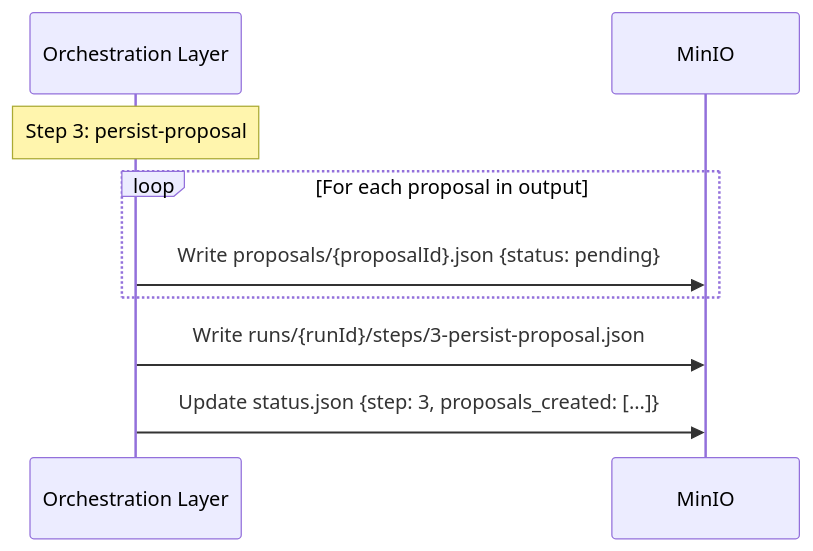
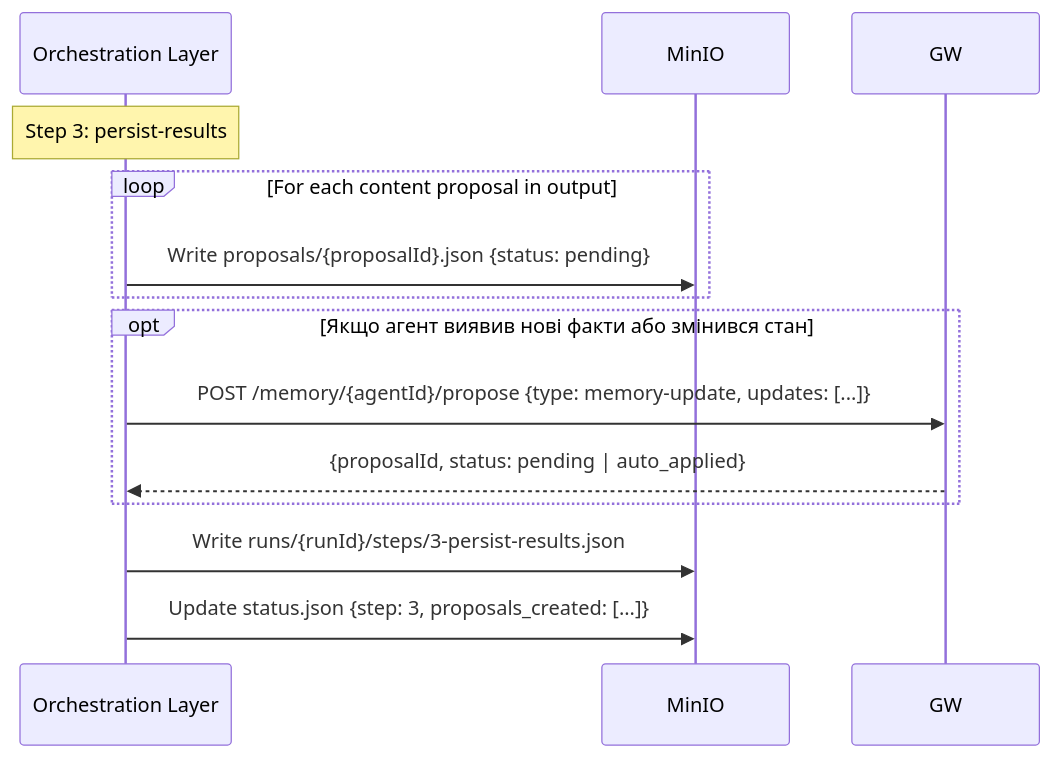
One commit to maxfraieho/garden-bloom changed the fifth of 7 diagrams in docs/architecture/EXECUTION_PIPELINE_CANONICAL.md. Above: the diagram before and after it, drawn with Mermaid. The commit also changed other lines of this file and 12 other files, not shown here.

First line of the commit message:
docs: integrate AGENT_MEMORY, AGENT_LOGIC_VERSIONING, orchestration research

````diff
--- a/docs/architecture/EXECUTION_PIPELINE_CANONICAL.md
+++ b/docs/architecture/EXECUTION_PIPELINE_CANONICAL.md
@@ -162,14 +166,19 @@
 ```mermaid
 sequenceDiagram
     participant ORC as Orchestration Layer
     participant S3 as MinIO
 
-    Note over ORC: Step 3: persist-proposal
+    Note over ORC: Step 3: persist-results
 
-    loop For each proposal in output
+    loop For each content proposal in output
         ORC->>S3: Write proposals/{proposalId}.json {status: pending}
     end
 
-    ORC->>S3: Write runs/{runId}/steps/3-persist-proposal.json
+    opt Якщо агент виявив нові факти або змінився стан
+        ORC->>GW: POST /memory/{agentId}/propose {type: memory-update, updates: [...]}
+        GW-->>ORC: {proposalId, status: pending | auto_applied}
+    end
+
+    ORC->>S3: Write runs/{runId}/steps/3-persist-results.json
     ORC->>S3: Update status.json {step: 3, proposals_created: [...]}
 ```
````
